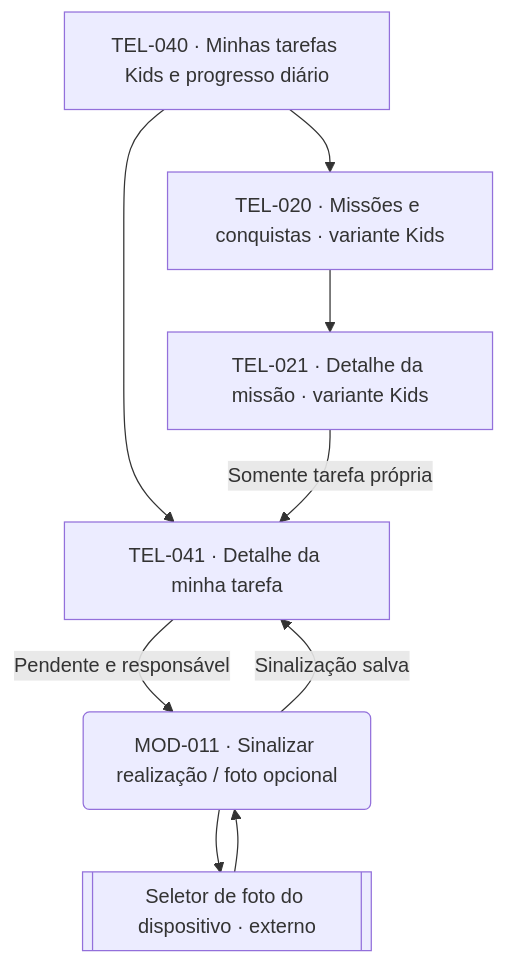
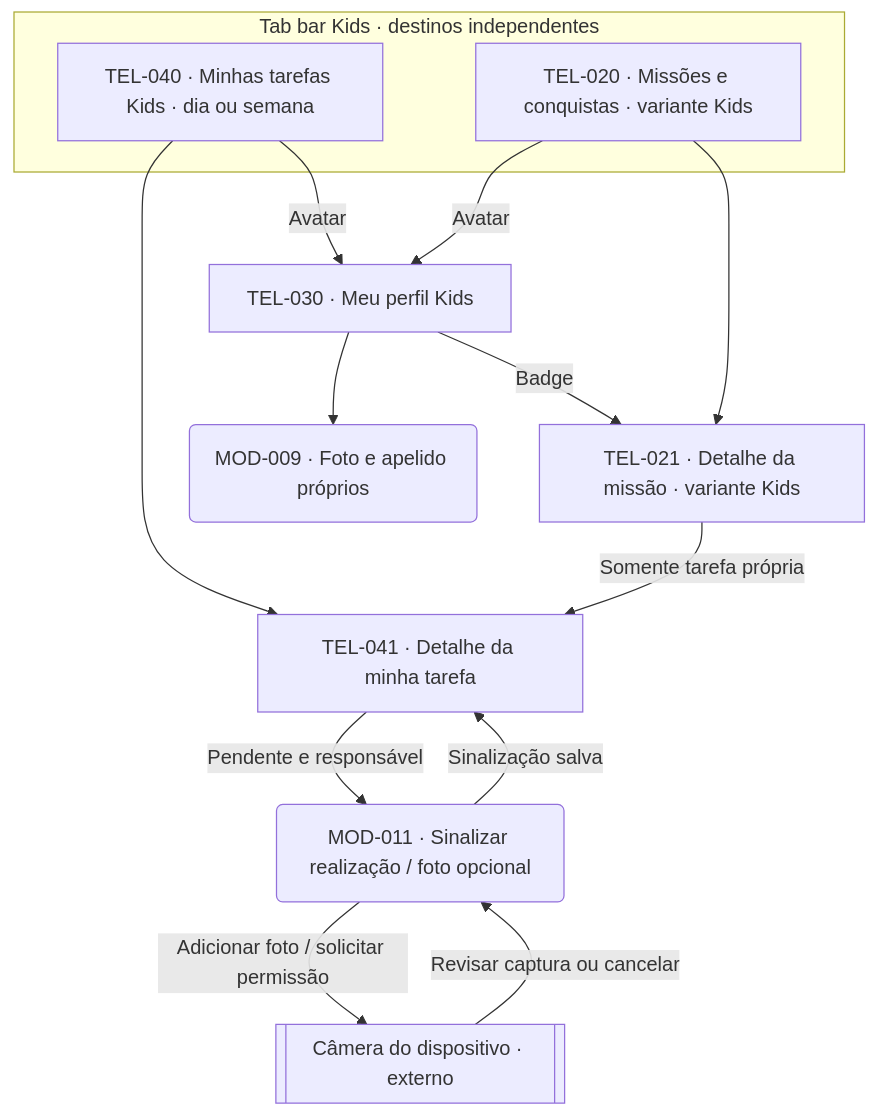
Before and after one commit to lizandramalta/App-Rotina-Familiar: the fifth of 6 diagrams in docs/design/screen-map.md, drawn with Mermaid. The commit also changed other lines of this file and 21 other files, not shown here.

````diff
--- a/docs/design/screen-map.md
+++ b/docs/design/screen-map.md
@@ -160,17 +162,22 @@
 ```mermaid
 flowchart TD
-    T040["TEL-040 · Minhas tarefas Kids e progresso diário"]
+    subgraph Abas["Tab bar Kids · destinos independentes"]
+      T040["TEL-040 · Minhas tarefas Kids · dia ou semana"]
+      T020["TEL-020 · Missões e conquistas · variante Kids"]
+    end
     T041["TEL-041 · Detalhe da minha tarefa"]
     M011("MOD-011 · Sinalizar realização / foto opcional")
-    Foto[["Seletor de foto do dispositivo · externo"]]
-    T020["TEL-020 · Missões e conquistas · variante Kids"]
+    Foto[["Câmera do dispositivo · externo"]]
     T021["TEL-021 · Detalhe da missão · variante Kids"]
+    T040 -->|Avatar| T030["TEL-030 · Meu perfil Kids"]
+    T020 -->|Avatar| T030
+    T030 --> M009("MOD-009 · Foto e apelido próprios")
+    T030 -->|Badge| T021
     T040 --> T041
     T041 -->|Pendente e responsável| M011
-    M011 --> Foto
-    Foto --> M011
+    M011 -->|Adicionar foto / solicitar permissão| Foto
+    Foto -->|Revisar captura ou cancelar| M011
     M011 -->|Sinalização salva| T041
-    T040 --> T020
     T020 --> T021
     T021 -->|Somente tarefa própria| T041
 ```
````
